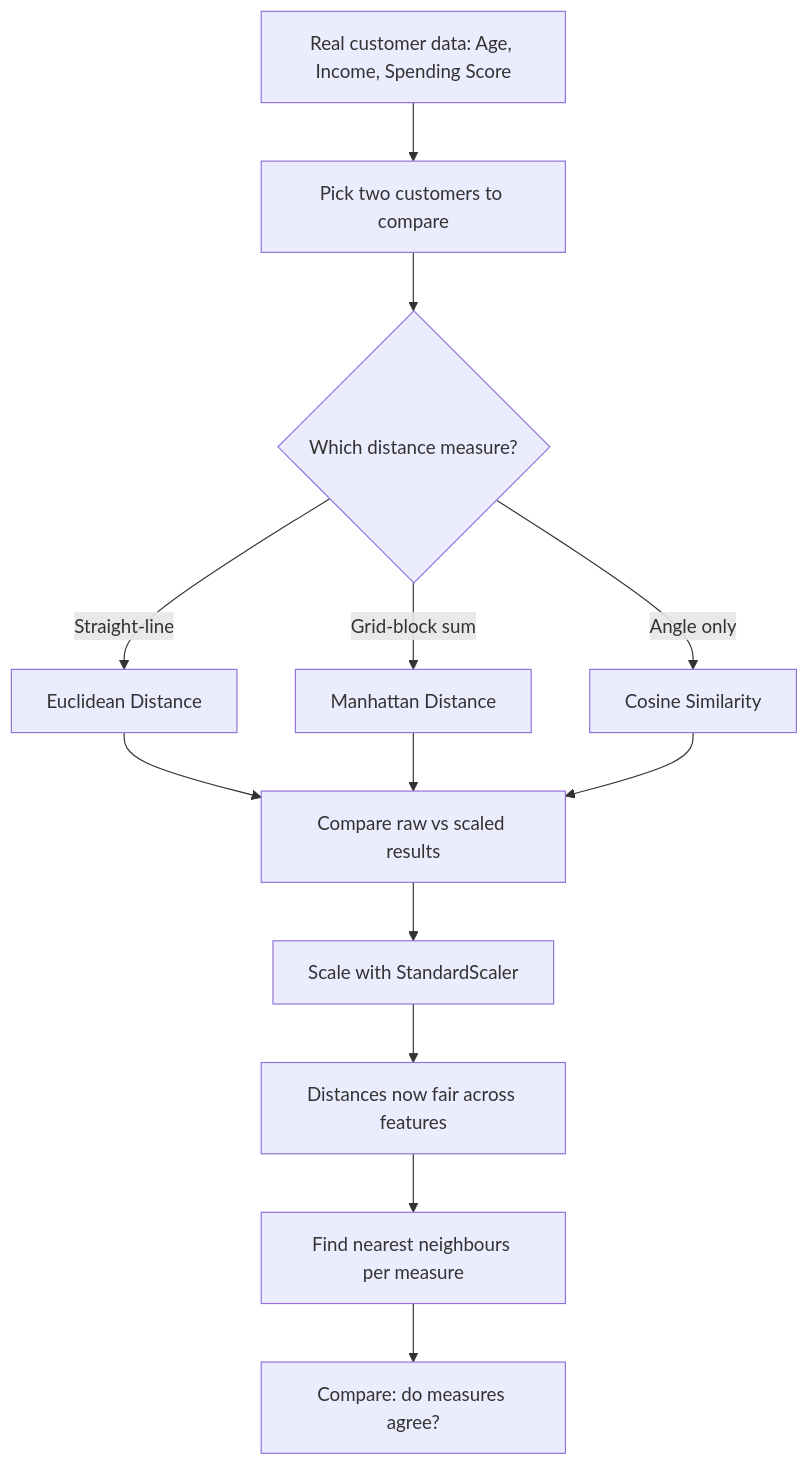
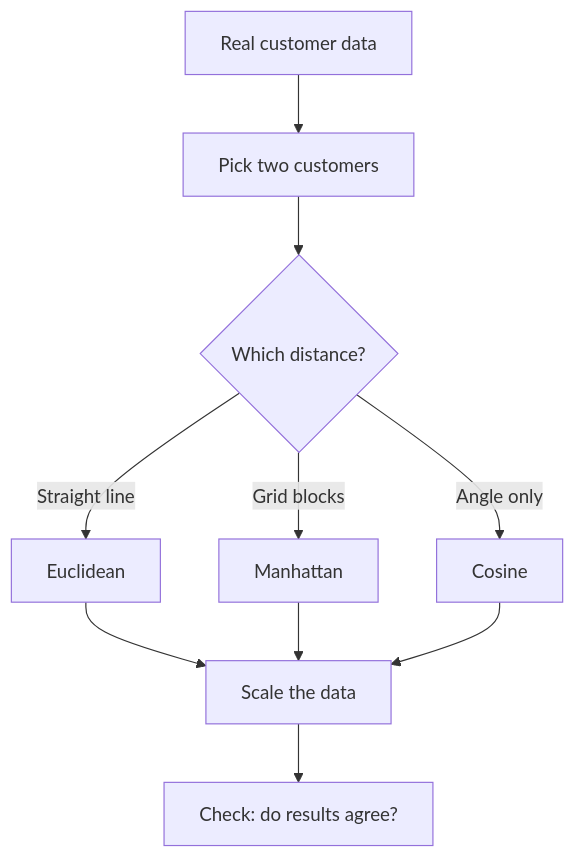
Before and after one commit to hiteshjangid-dev/INT396: the diagram in Practical-01-EDA-Similarity-Measures/README.md, drawn with Mermaid. The commit also changed other lines of this file, not shown here.

````diff
--- a/Practical-01-EDA-Similarity-Measures/README.md
+++ b/Practical-01-EDA-Similarity-Measures/README.md
@@ -59,15 +52,12 @@
 ```mermaid
 flowchart TD
-    A[Real customer data: Age, Income, Spending Score] --> B[Pick two customers to compare]
-    B --> C{Which distance measure?}
-    C -->|Straight-line| D[Euclidean Distance]
-    C -->|Grid-block sum| E[Manhattan Distance]
-    C -->|Angle only| F[Cosine Similarity]
-    D --> G[Compare raw vs scaled results]
+    A[Real customer data] --> B[Pick two customers]
+    B --> C{Which distance?}
+    C -->|Straight line| D[Euclidean]
+    C -->|Grid blocks| E[Manhattan]
+    C -->|Angle only| F[Cosine]
+    D --> G[Scale the data]
     E --> G
     F --> G
-    G --> H[Scale with StandardScaler]
-    H --> I[Distances now fair across features]
-    I --> J[Find nearest neighbours per measure]
-    J --> K[Compare: do measures agree?]
+    G --> H[Check: do results agree?]
 ```
````
